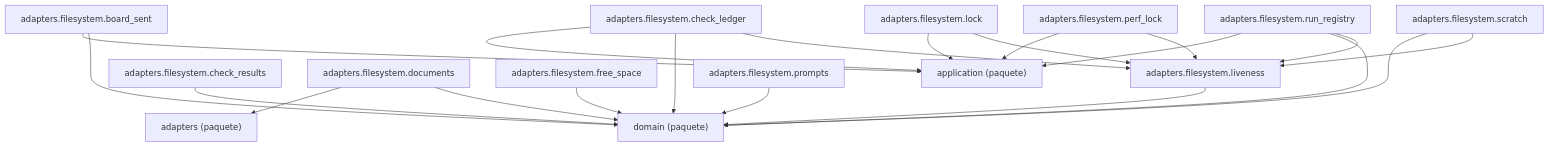
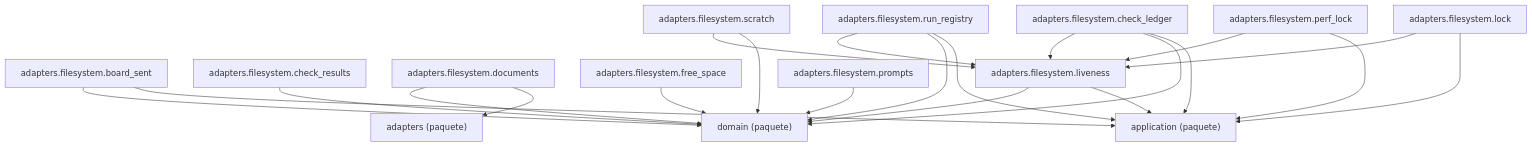
The diagram in docs/architecture/generated/packages-process-adapters-filesystem.md (GonzaloZevallos/agentic-system), drawn with Mermaid before and after one commit. The commit also changed 16 other files, not shown here.

````diff
--- a/docs/architecture/generated/packages-process-adapters-filesystem.md
+++ b/docs/architecture/generated/packages-process-adapters-filesystem.md
@@ -14,37 +14,38 @@
 ```mermaid
 graph TD
     g_pkg__adapters["adapters (paquete)"]
     g_pkg__application["application (paquete)"]
     g_pkg__domain["domain (paquete)"]
     m_adapters__filesystem__board_sent["adapters.filesystem.board_sent"]
     m_adapters__filesystem__check_ledger["adapters.filesystem.check_ledger"]
     m_adapters__filesystem__check_results["adapters.filesystem.check_results"]
     m_adapters__filesystem__documents["adapters.filesystem.documents"]
     m_adapters__filesystem__free_space["adapters.filesystem.free_space"]
     m_adapters__filesystem__liveness["adapters.filesystem.liveness"]
     m_adapters__filesystem__lock["adapters.filesystem.lock"]
     m_adapters__filesystem__perf_lock["adapters.filesystem.perf_lock"]
     m_adapters__filesystem__prompts["adapters.filesystem.prompts"]
     m_adapters__filesystem__run_registry["adapters.filesystem.run_registry"]
     m_adapters__filesystem__scratch["adapters.filesystem.scratch"]
     m_adapters__filesystem__board_sent --> g_pkg__application
     m_adapters__filesystem__board_sent --> g_pkg__domain
     m_adapters__filesystem__check_ledger --> g_pkg__application
     m_adapters__filesystem__check_ledger --> g_pkg__domain
     m_adapters__filesystem__check_ledger --> m_adapters__filesystem__liveness
     m_adapters__filesystem__check_results --> g_pkg__domain
     m_adapters__filesystem__documents --> g_pkg__adapters
     m_adapters__filesystem__documents --> g_pkg__domain
     m_adapters__filesystem__free_space --> g_pkg__domain
+    m_adapters__filesystem__liveness --> g_pkg__application
     m_adapters__filesystem__liveness --> g_pkg__domain
     m_adapters__filesystem__lock --> g_pkg__application
     m_adapters__filesystem__lock --> m_adapters__filesystem__liveness
     m_adapters__filesystem__perf_lock --> g_pkg__application
     m_adapters__filesystem__perf_lock --> m_adapters__filesystem__liveness
     m_adapters__filesystem__prompts --> g_pkg__domain
     m_adapters__filesystem__run_registry --> g_pkg__application
     m_adapters__filesystem__run_registry --> g_pkg__domain
     m_adapters__filesystem__run_registry --> m_adapters__filesystem__liveness
     m_adapters__filesystem__scratch --> g_pkg__domain
     m_adapters__filesystem__scratch --> m_adapters__filesystem__liveness
 ```
````
